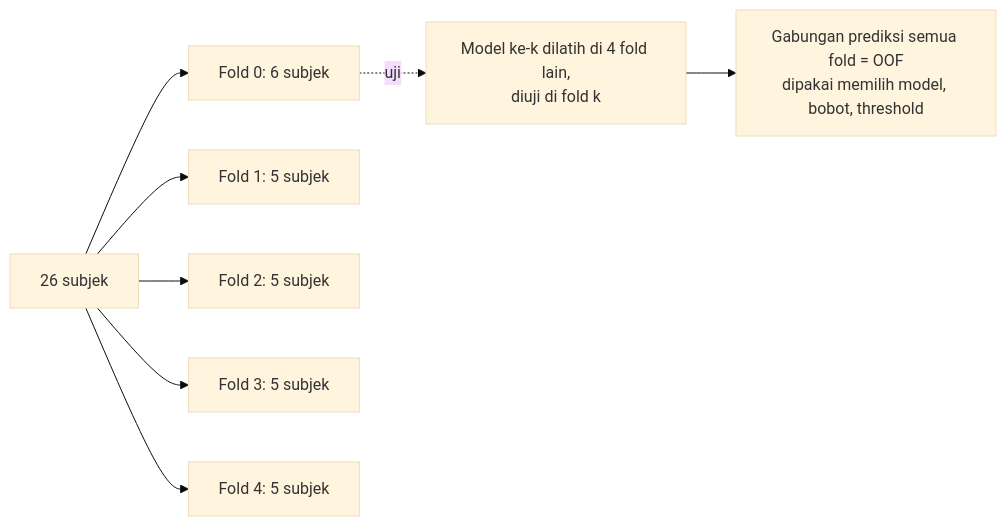
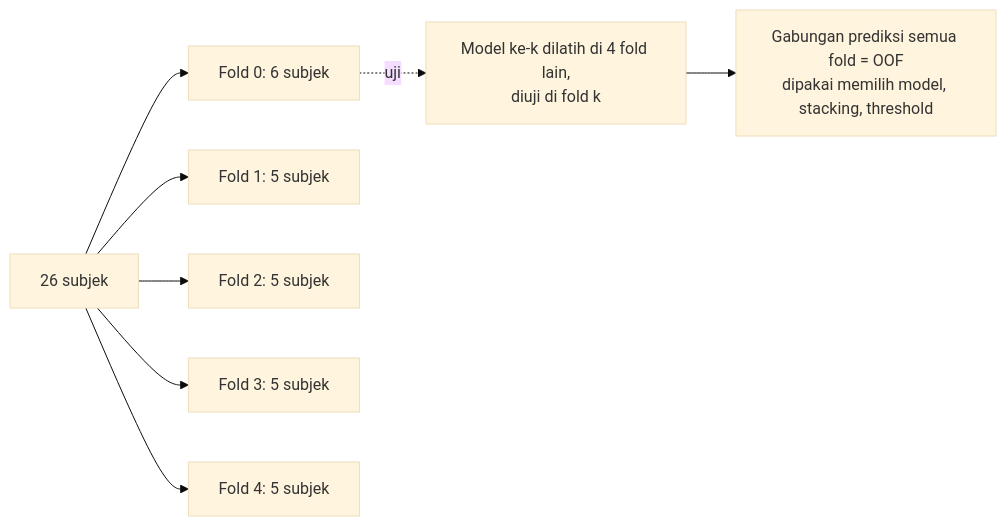
The second of 5 diagrams in README.md (LhoWann/competitionDS26), drawn with Mermaid (base theme) before and after one commit. The commit also changed other lines of this file and 29 other files, not shown here.

````diff
--- a/README.md
+++ b/README.md
@@ -118,10 +133,10 @@
 ```mermaid
 flowchart LR
     S[26 subjek] --> F0[Fold 0: 6 subjek]
     S --> F1[Fold 1: 5 subjek]
     S --> F2[Fold 2: 5 subjek]
     S --> F3[Fold 3: 5 subjek]
     S --> F4[Fold 4: 5 subjek]
     F0 -. uji .-> R[Model ke-k dilatih di 4 fold lain,<br>diuji di fold k]
-    R --> OOF[Gabungan prediksi semua fold = OOF<br>dipakai memilih model, bobot, threshold]
+    R --> OOF[Gabungan prediksi semua fold = OOF<br>dipakai memilih model, stacking, threshold]
 ```
````
